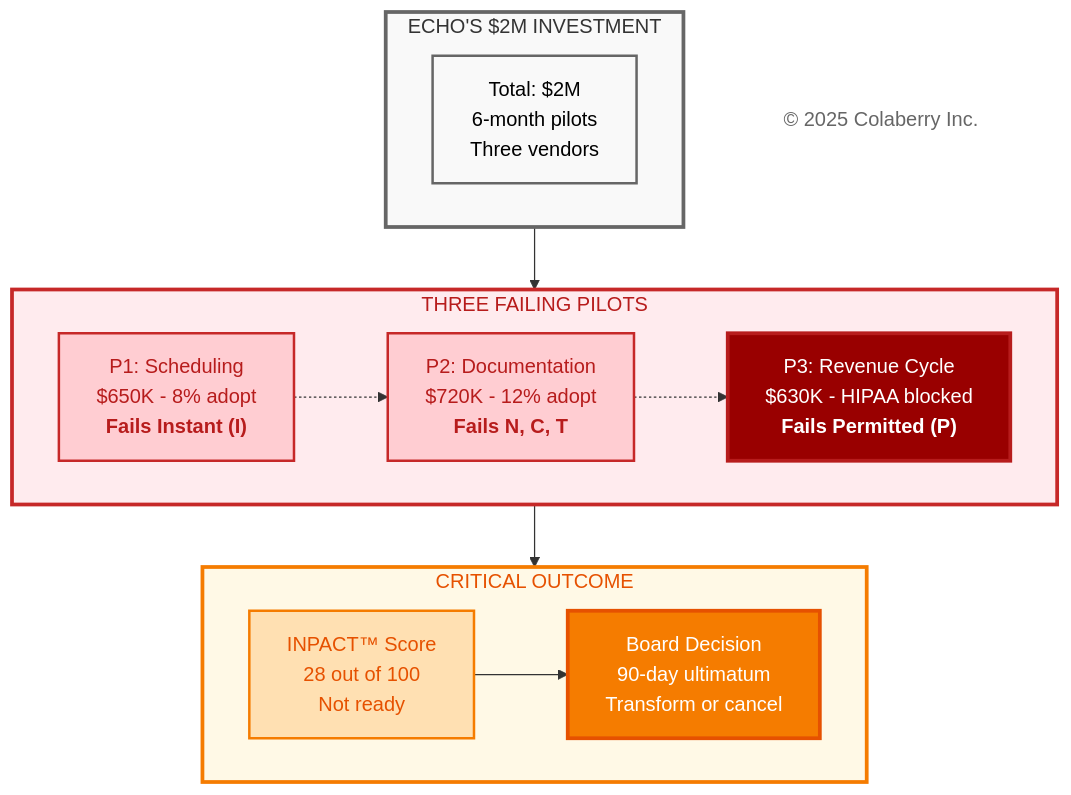
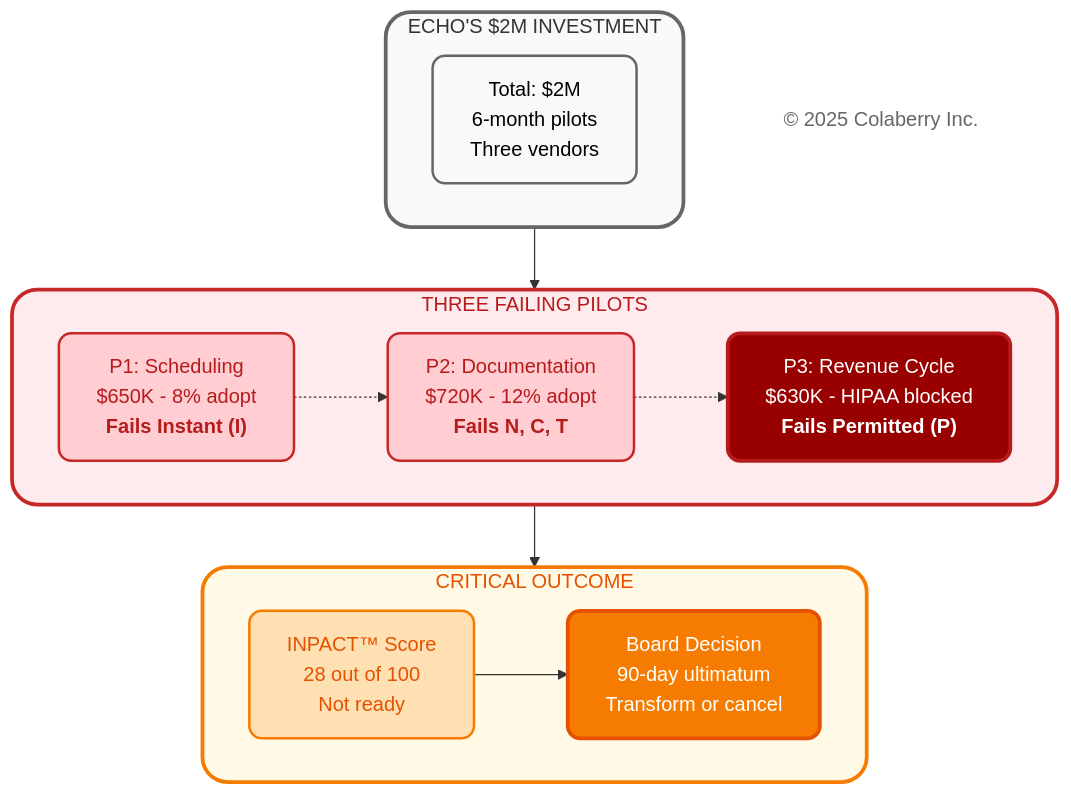
Before and after one commit to saitejesh-cyber/trust-before-intelligence-book: the sixth of 6 diagrams in manuscript/02_chapter_1_why_agents_fail.md, drawn with Mermaid. The commit also changed other lines of this file, not shown here.

````diff
--- a/manuscript/02_chapter_1_why_agents_fail.md
+++ b/manuscript/02_chapter_1_why_agents_fail.md
@@ -621,44 +621,44 @@
 ```mermaid
 
 graph TB
     subgraph investment["ECHO'S $2M INVESTMENT"]
         TOTAL["Total: $2M<br/>6-month pilots<br/>Three vendors"]
     end
     
     subgraph pilots["THREE FAILING PILOTS"]
         P1["P1: Scheduling<br/>$650K - 8% adopt<br/><b>Fails Instant (I)</b>"]
         
         P2["P2: Documentation<br/>$720K - 12% adopt<br/><b>Fails N, C, T</b>"]
         
         P3["P3: Revenue Cycle<br/>$630K - HIPAA blocked<br/><b>Fails Permitted (P)</b>"]
         
         P1 -.-> P2 -.-> P3
     end
     
     subgraph outcome["CRITICAL OUTCOME"]
         SCORE["INPACT™ Score<br/>28 out of 100<br/>Not ready"]
         
         DECISION["Board Decision<br/>90-day ultimatum<br/>Transform or cancel"]
         
         SCORE --> DECISION
     end
     
     investment --> pilots --> outcome
     
     Copyright["© 2025 Colaberry Inc."]
     
-    style investment fill:#f9f9f9,stroke:#666666,stroke-width:3px,color:#333333
-    style TOTAL fill:#f9f9f9,stroke:#666666,stroke-width:2px,color:#000000
+    style investment fill:#f9f9f9,stroke:#666666,stroke-width:3px,color:#333333,rx:2O,ry:20
+    style TOTAL fill:#f9f9f9,stroke:#666666,stroke-width:2px,color:#000000,rx:1O,ry:10
     
-    style pilots fill:#ffebee,stroke:#c62828,stroke-width:3px,color:#b71c1c
-    style P1 fill:#ffcdd2,stroke:#c62828,stroke-width:2px,color:#b71c1c
-    style P2 fill:#ffcdd2,stroke:#c62828,stroke-width:2px,color:#b71c1c
-    style P3 fill:#990000,stroke:#b71c1c,stroke-width:3px,color:#ffffff
+    style pilots fill:#ffebee,stroke:#c62828,stroke-width:3px,color:#b71c1c,rx:2O,ry:20
+    style P1 fill:#ffcdd2,stroke:#c62828,stroke-width:2px,color:#b71c1c,rx:1O,ry:10
+    style P2 fill:#ffcdd2,stroke:#c62828,stroke-width:2px,color:#b71c1c,rx:1O,ry:10
+    style P3 fill:#990000,stroke:#b71c1c,stroke-width:3px,color:#ffffff,rx:1O,ry:10
     
-    style outcome fill:#fff9e6,stroke:#f57c00,stroke-width:3px,color:#e65100
-    style SCORE fill:#ffe0b2,stroke:#f57c00,stroke-width:2px,color:#e65100
-    style DECISION fill:#f57c00,stroke:#e65100,stroke-width:3px,color:#ffffff
+    style outcome fill:#fff9e6,stroke:#f57c00,stroke-width:3px,color:#e65100,rx:2O,ry:20
+    style SCORE fill:#ffe0b2,stroke:#f57c00,stroke-width:2px,color:#e65100,rx:1O,ry:10
+    style DECISION fill:#f57c00,stroke:#e65100,stroke-width:3px,color:#ffffff,rx:1O,ry:10
     
-    style Copyright fill:#ffffff,stroke:none,color:#666666
+    style Copyright fill:none,stroke:none,color:#666666
 
 ```
````
